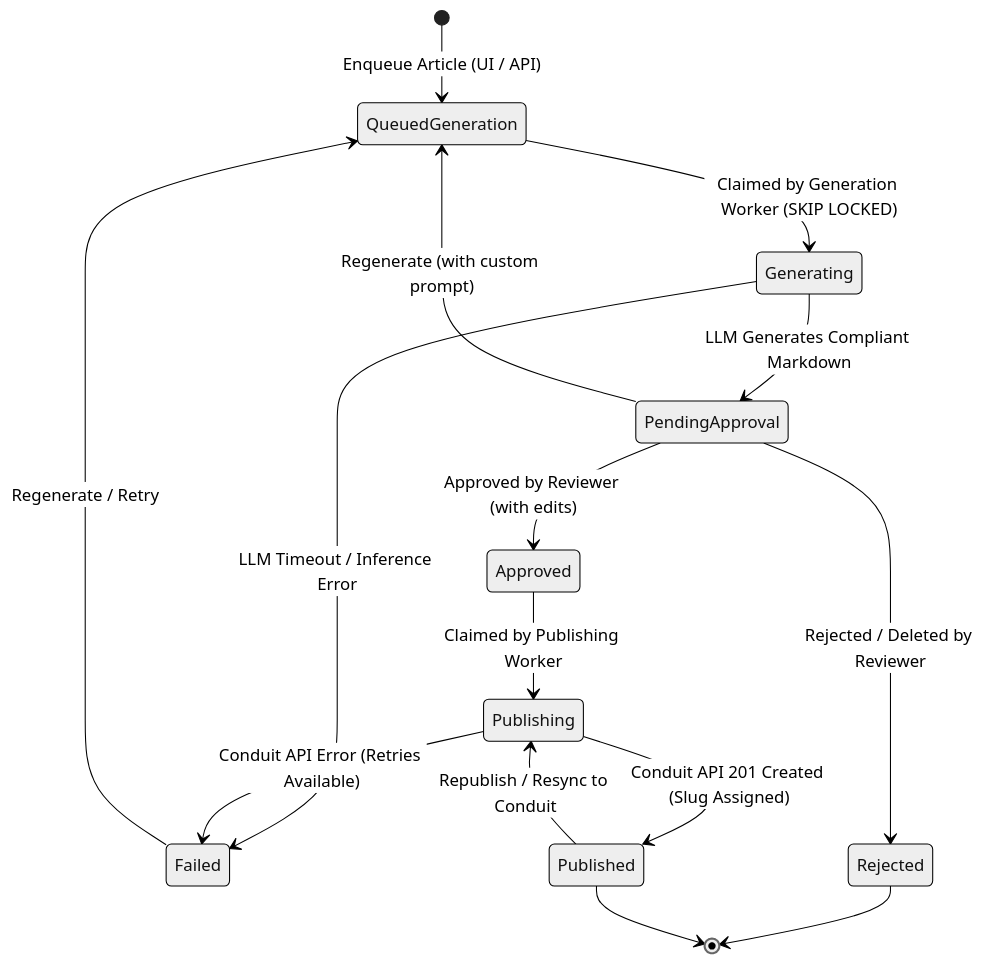
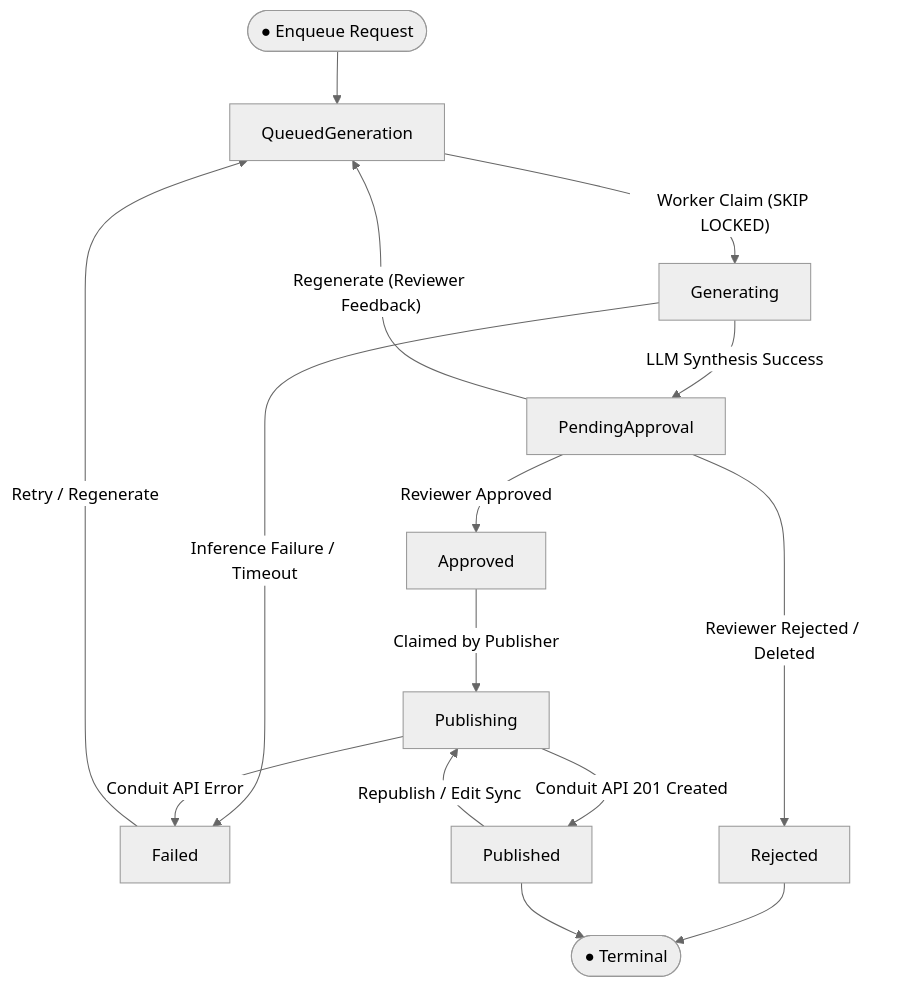
The second of 2 diagrams in README.md (guihigashi/realworld-studio), drawn with Mermaid (neutral theme) before and after one commit. The commit also changed other lines of this file, not shown here.

Commit message:
fix(docs): quote flowchart edge labels and convert state diagram to flowchart for github compatibility

````diff
--- a/README.md
+++ b/README.md
@@ -134,23 +134,24 @@
 ```mermaid
-stateDiagram-v2
-    [*] --> QueuedGeneration: Enqueue Article (UI / API)
+flowchart TD
+    Start(["● Enqueue Request"]) --> QueuedGeneration["QueuedGeneration"]
     
-    QueuedGeneration --> Generating: Claimed by Generation Worker (SKIP LOCKED)
+    QueuedGeneration -->|"Worker Claim (SKIP LOCKED)"| Generating["Generating"]
     
-    Generating --> PendingApproval: LLM Generates Compliant Markdown
-    Generating --> Failed: LLM Timeout / Inference Error
+    Generating -->|"LLM Synthesis Success"| PendingApproval["PendingApproval"]
+    Generating -->|"Inference Failure / Timeout"| Failed["Failed"]
     
-    PendingApproval --> Approved: Approved by Reviewer (with edits)
-    PendingApproval --> QueuedGeneration: Regenerate (with custom prompt)
-    PendingApproval --> Rejected: Rejected / Deleted by Reviewer
+    PendingApproval -->|"Reviewer Approved"| Approved["Approved"]
+    PendingApproval -->|"Regenerate (Reviewer Feedback)"| QueuedGeneration
+    PendingApproval -->|"Reviewer Rejected / Deleted"| Rejected["Rejected"]
     
-    Approved --> Publishing: Claimed by Publishing Worker
+    Approved -->|"Claimed by Publisher"| Publishing["Publishing"]
     
-    Publishing --> Published: Conduit API 201 Created (Slug Assigned)
-    Publishing --> Failed: Conduit API Error (Retries Available)
-
-    Published --> Publishing: Republish / Resync to Conduit
-    Failed --> QueuedGeneration: Regenerate / Retry
-    Rejected --> [*]
-    Published --> [*]
+    Publishing -->|"Conduit API 201 Created"| Published["Published"]
+    Publishing -->|"Conduit API Error"| Failed
+    
+    Published -->|"Republish / Edit Sync"| Publishing
+    Failed -->|"Retry / Regenerate"| QueuedGeneration
+    
+    Rejected --> End(["● Terminal"])
+    Published --> End
 ```
````
